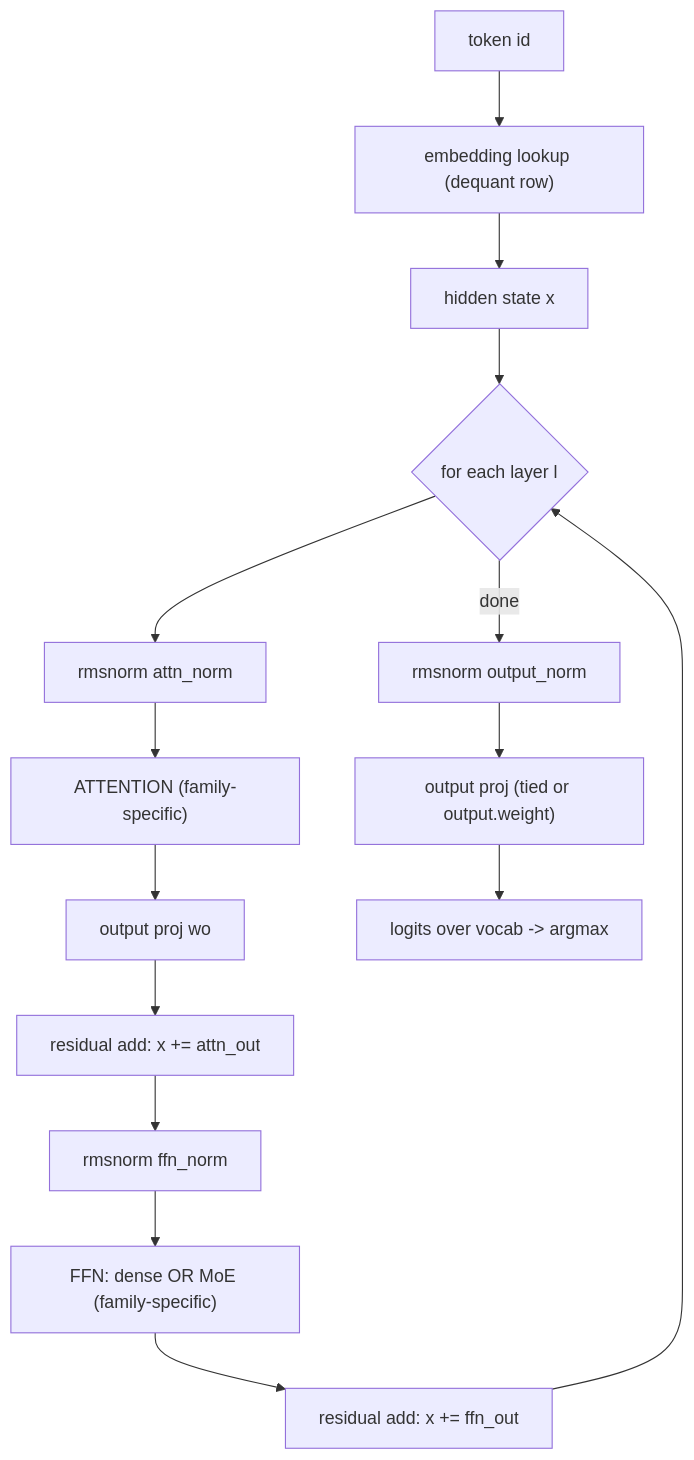
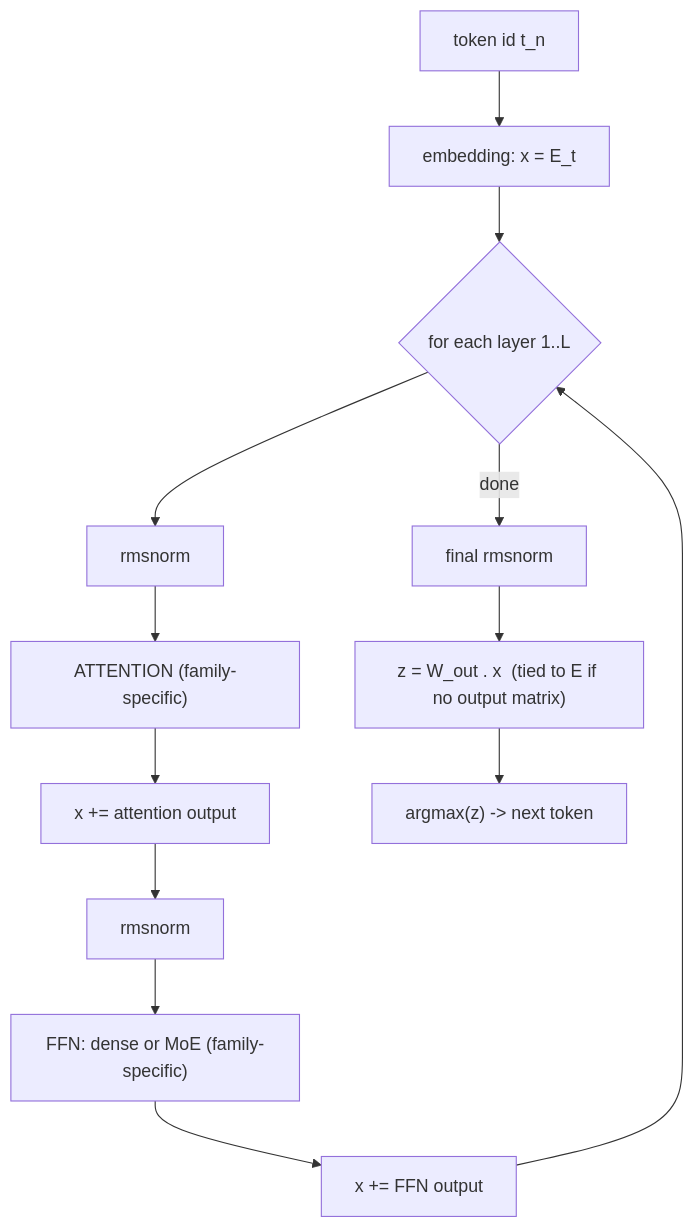
The third of 6 diagrams in docs/MODELS.md (garana/locus), drawn with Mermaid before and after one commit. The commit also changed other lines of this file, not shown here.

````diff
--- a/docs/MODELS.md
+++ b/docs/MODELS.md
@@ -41,17 +294,15 @@
 ```mermaid
 flowchart TD
-    tok["token id"] --> emb["embedding lookup (dequant row)"]
-    emb --> x["hidden state x"]
-    x --> L{"for each layer l"}
-    L --> an["rmsnorm attn_norm"]
-    an --> attn["ATTENTION (family-specific)"]
-    attn --> wo["output proj wo"]
-    wo --> r1["residual add: x += attn_out"]
-    r1 --> fn["rmsnorm ffn_norm"]
-    fn --> ffn["FFN: dense OR MoE (family-specific)"]
-    ffn --> r2["residual add: x += ffn_out"]
-    r2 --> L
-    L -->|done| on["rmsnorm output_norm"]
-    on --> outw["output proj (tied or output.weight)"]
-    outw --> logits["logits over vocab -> argmax"]
+  tok["token id t_n"] --> emb["embedding: x = E_t"]
+  emb --> L{"for each layer 1..L"}
+  L --> an["rmsnorm"]
+  an --> attn["ATTENTION (family-specific)"]
+  attn --> r1["x += attention output"]
+  r1 --> fn["rmsnorm"]
+  fn --> ffn["FFN: dense or MoE (family-specific)"]
+  ffn --> r2["x += FFN output"]
+  r2 --> L
+  L -->|done| on["final rmsnorm"]
+  on --> outw["z = W_out . x  (tied to E if no output matrix)"]
+  outw --> arg["argmax(z) -> next token"]
 ```
````
